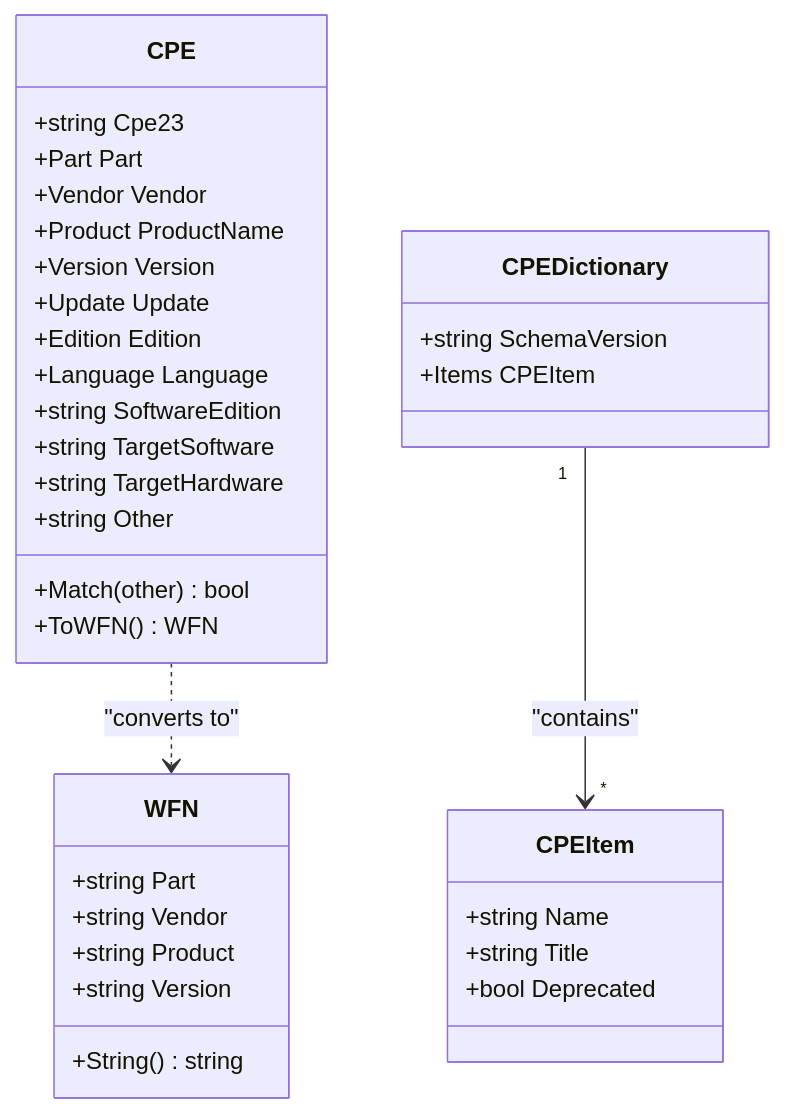
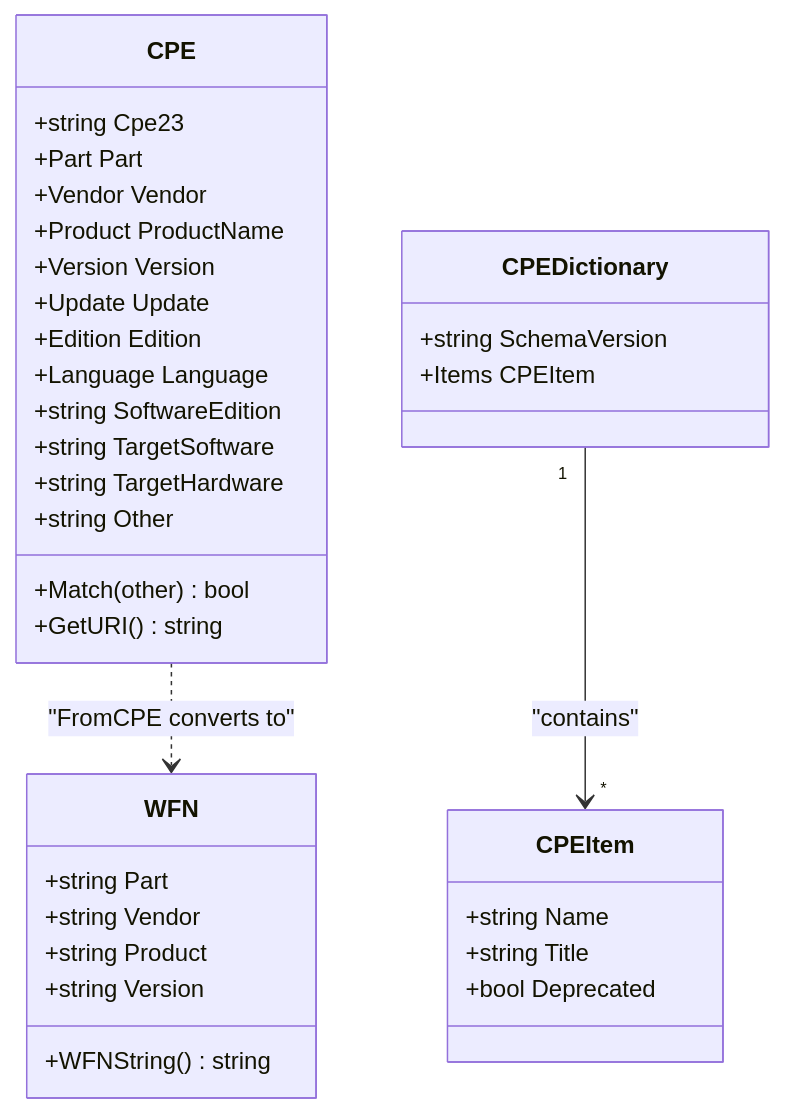
The diagram in website/en/api/types.md (scagogogo/cpe-skills), drawn with Mermaid before and after one commit. The commit also changed other lines of this file and 18 other files, not shown here.

````diff
--- a/website/en/api/types.md
+++ b/website/en/api/types.md
@@ -7,37 +7,37 @@
 ```mermaid
 classDiagram
     class CPE {
         +string Cpe23
         +Part Part
         +Vendor Vendor
         +Product ProductName
         +Version Version
         +Update Update
         +Edition Edition
         +Language Language
         +string SoftwareEdition
         +string TargetSoftware
         +string TargetHardware
         +string Other
         +Match(other) bool
-        +ToWFN() WFN
+        +GetURI() string
     }
     class WFN {
         +string Part
         +string Vendor
         +string Product
         +string Version
-        +String() string
+        +WFNString() string
     }
     class CPEDictionary {
         +string SchemaVersion
         +Items CPEItem
     }
     class CPEItem {
         +string Name
         +string Title
         +bool Deprecated
     }
-    CPE ..> WFN : "converts to"
+    CPE ..> WFN : "FromCPE converts to"
     CPEDictionary "1" --> "*" CPEItem : "contains"
 ```
````
